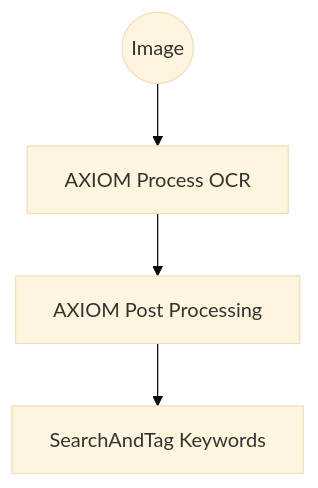
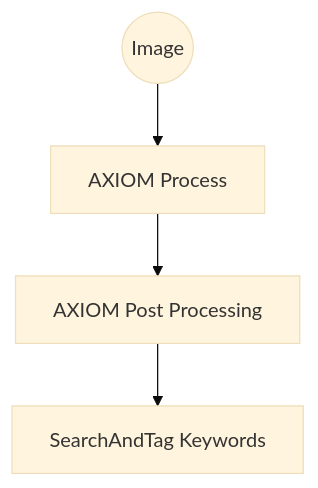
Before and after one commit to feliscabral/Search-and-Tag: the first of 3 diagrams in README.md, drawn with Mermaid (base theme). The commit also changed other lines of this file, not shown here.

````diff
--- a/README.md
+++ b/README.md
@@ -173,6 +174,6 @@
 ```mermaid
 graph TB
-A(( Image )) --> B[AXIOM Process OCR]
+A(( Image )) --> B[AXIOM Process]
 B --> C[AXIOM Post Processing]
 C --> D[SearchAndTag Keywords]
 ```
````
